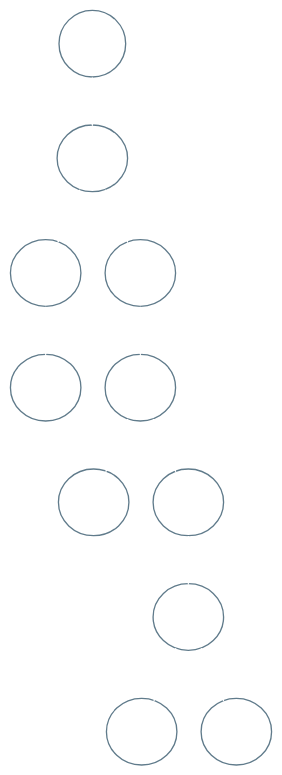
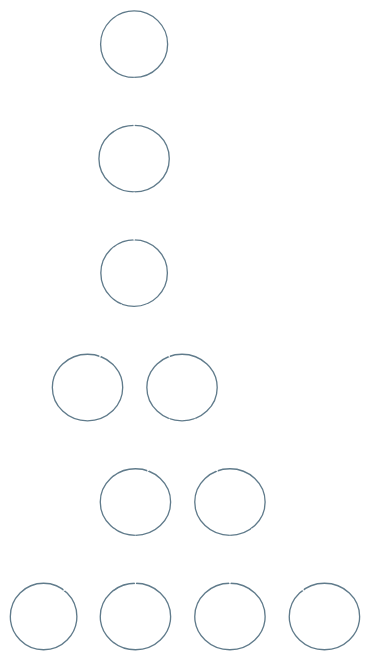
The diagram in Arbol Binario Busqueda/bin/Release/Dibujo/Figura.dot (alexisstdev/binary-search-tree-viewer), drawn with Graphviz before and after one commit. The commit also changed 25 other files, not shown here.

```diff
--- a/Arbol Binario Busqueda/bin/Release/Dibujo/Figura.dot
+++ b/Arbol Binario Busqueda/bin/Release/Dibujo/Figura.dot
@@ -1,31 +1,31 @@
 digraph Figura {
                              bgcolor = transparent
                              node[
                              color = lightskyblue4
                              fontsize = 14
                              fontname = Arial
                              fontcolor = white
                              width = .7
                              height = .7
                              ]
-4064[id=4064]
-2608[id=2608]
-2125[id=2125]
-9468[id=9468]
-6040[id=6040]
-5397[id=5397]
-8871[id=8871]
-7739[id=7739]
-7343[id=7343]
-8239[id=8239]
-Raíz-> 4064 [color = white];
-4064 -> 2608 [color = white];
-2608 -> 2125 [color = white];
-4064 -> 9468 [color = white];
-9468 -> 6040 [color = white];
-6040 -> 5397 [color = white];
-6040 -> 8871 [color = white];
-8871 -> 7739 [color = white];
-7739 -> 7343 [color = white];
-7739 -> 8239 [color = white];
+1911[id=1911]
+284[id=284]
+2685[id=2685]
+7141[id=7141]
+4432[id=4432]
+387[id=387]
+5980[id=5980]
+8973[id=8973]
+8438[id=8438]
+8999[id=8999]
+Root-> 1911 [color = white];
+1911 -> 284 [color = white];
+284 -> 2685 [color = white];
+284 -> 7141 [color = white];
+7141 -> 4432 [color = white];
+4432 -> 387 [color = white];
+4432 -> 5980 [color = white];
+7141 -> 8973 [color = white];
+8973 -> 8438 [color = white];
+8973 -> 8999 [color = white];
 }
```
